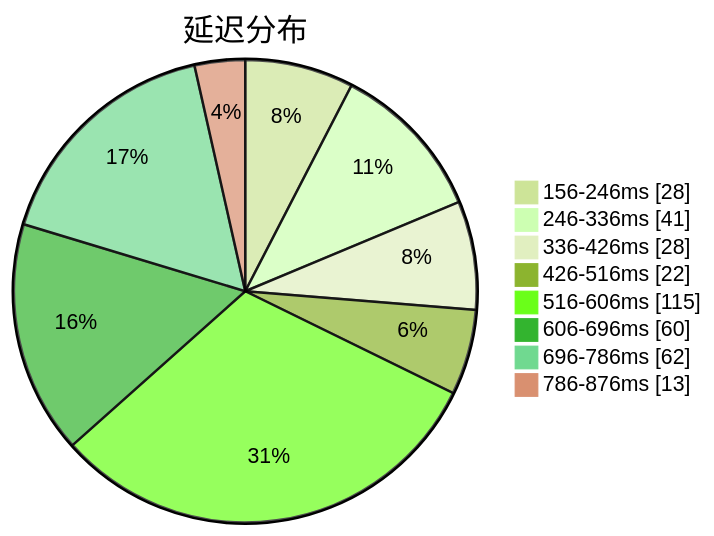
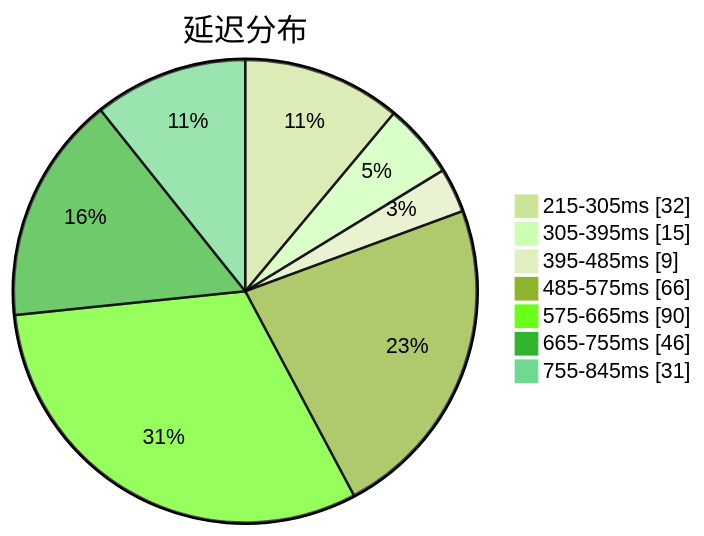
The first of 3 diagrams in subs/statistics/tested_within.md (qjlxg/airport), drawn with Mermaid (forest theme) before and after one commit. The commit also changed other lines of this file and 2 other files, not shown here.

Commit message:
Tested by metaST

````diff
--- a/subs/statistics/tested_within.md
+++ b/subs/statistics/tested_within.md
@@ -2,12 +2,11 @@
 ```mermaid
 pie showData
 title 延迟分布
-"156-246ms" : 28
-"246-336ms" : 41
-"336-426ms" : 28
-"426-516ms" : 22
-"516-606ms" : 115
-"606-696ms" : 60
-"696-786ms" : 62
-"786-876ms" : 13
+"215-305ms" : 32
+"305-395ms" : 15
+"395-485ms" : 9
+"485-575ms" : 66
+"575-665ms" : 90
+"665-755ms" : 46
+"755-845ms" : 31
 ```
````
